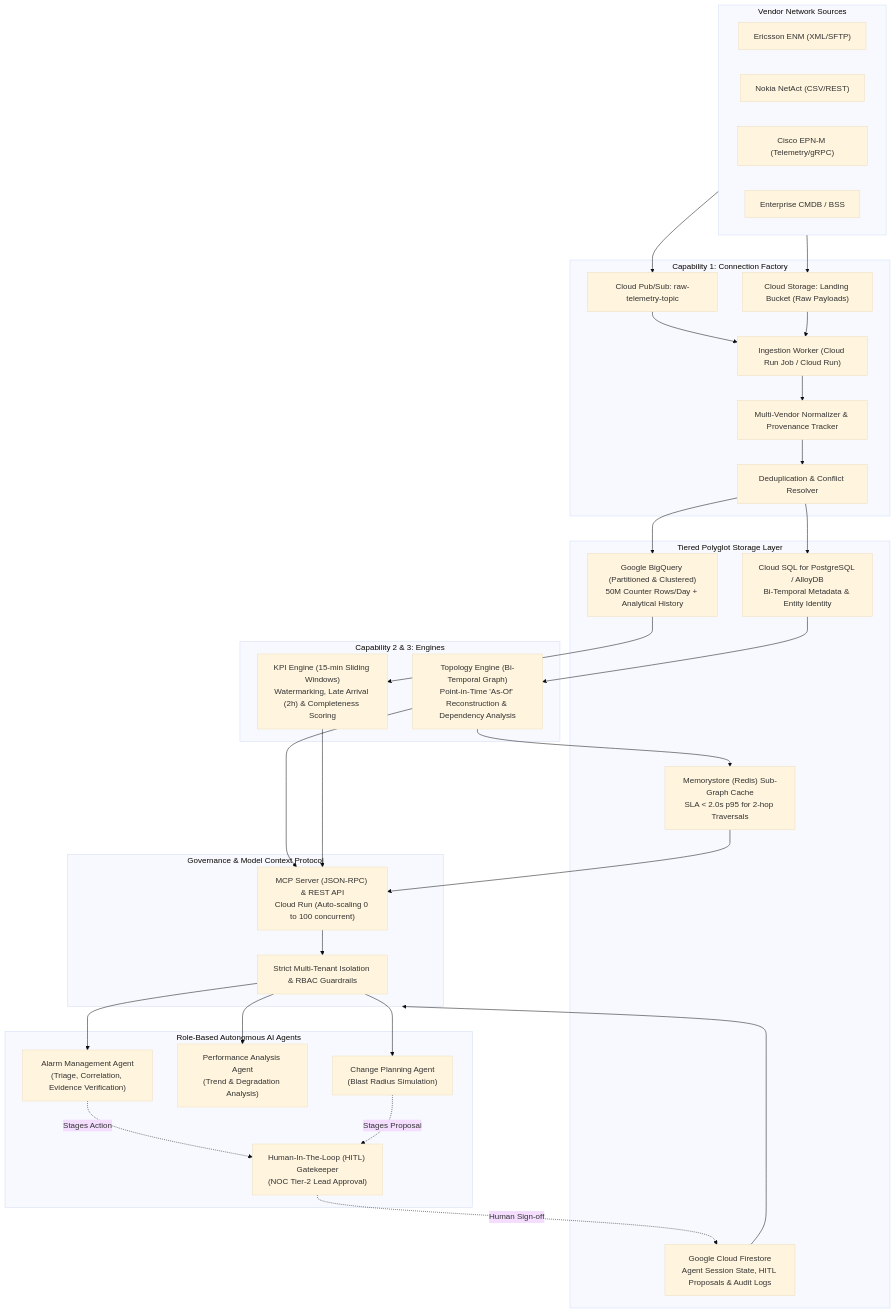
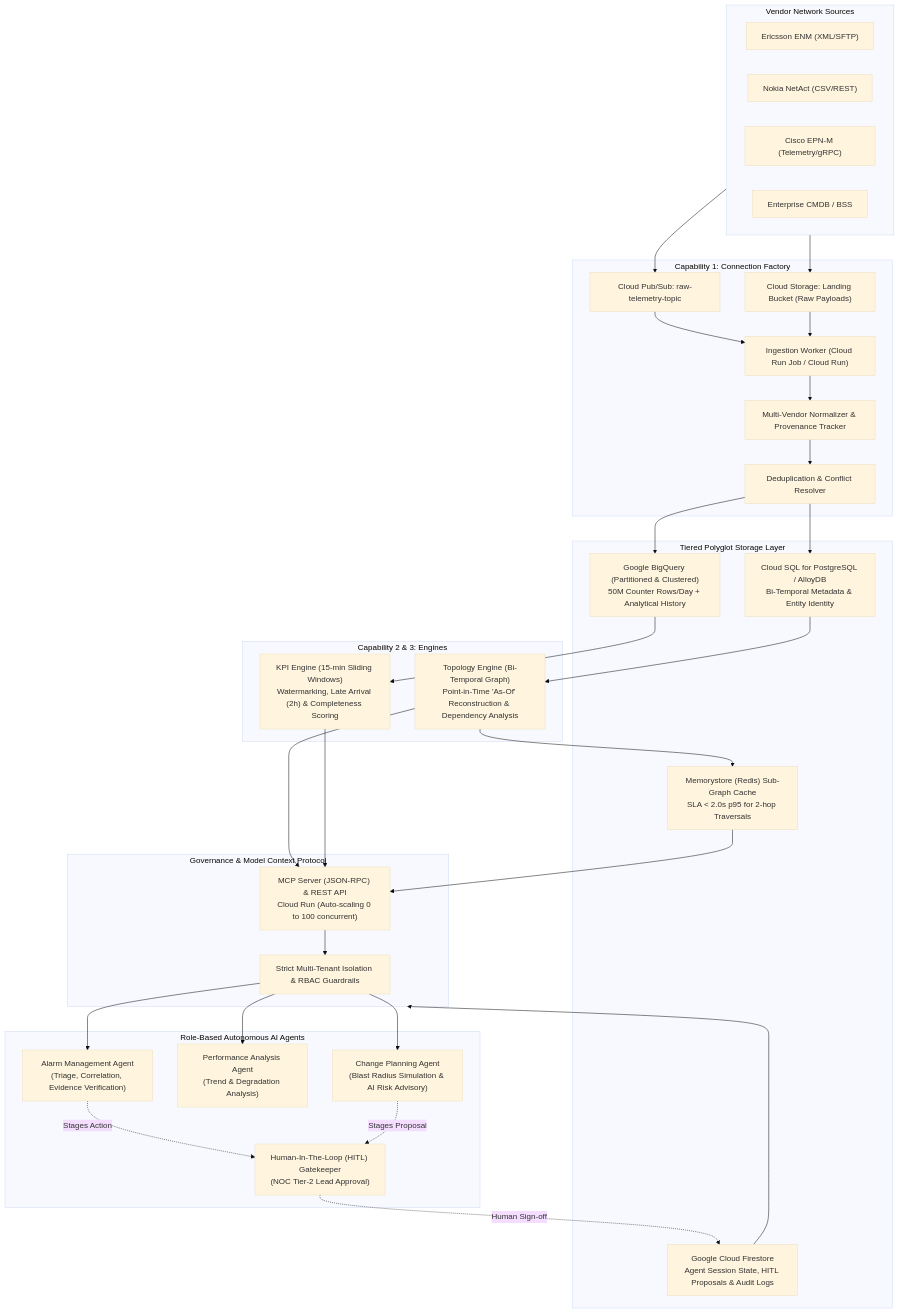
Before and after one commit to Thanveerahamed-14/nw_intelligence: the diagram in docs/01_SYSTEM_ARCHITECTURE.md, drawn with Mermaid (base theme). The commit also changed other lines of this file and 24 other files, not shown here.

````diff
--- a/docs/01_SYSTEM_ARCHITECTURE.md
+++ b/docs/01_SYSTEM_ARCHITECTURE.md
@@ -9,68 +9,68 @@
 ```mermaid
 flowchart TD
     subgraph Sources["Vendor Network Sources"]
         E_OSS["Ericsson ENM (XML/SFTP)"]
         N_OSS["Nokia NetAct (CSV/REST)"]
         C_OSS["Cisco EPN-M (Telemetry/gRPC)"]
         CMDB["Enterprise CMDB / BSS"]
     end
 
     subgraph Ingestion["Capability 1: Connection Factory"]
         PubSub_Raw["Cloud Pub/Sub: raw-telemetry-topic"]
         GCS_Landing["Cloud Storage: Landing Bucket (Raw Payloads)"]
         CF_Worker["Ingestion Worker (Cloud Run Job / Cloud Run)"]
         CF_Normalizer["Multi-Vendor Normalizer & Provenance Tracker"]
         CF_Dedupe["Deduplication & Conflict Resolver"]
     end
 
     subgraph Storage["Tiered Polyglot Storage Layer"]
         BQ["Google BigQuery (Partitioned & Clustered)<br/>50M Counter Rows/Day + Analytical History"]
         CloudSQL["Cloud SQL for PostgreSQL / AlloyDB<br/>Bi-Temporal Metadata & Entity Identity"]
         Redis["Memorystore (Redis) Sub-Graph Cache<br/>SLA < 2.0s p95 for 2-hop Traversals"]
         Firestore["Google Cloud Firestore<br/>Agent Session State, HITL Proposals & Audit Logs"]
     end
 
     subgraph Processing["Capability 2 & 3: Engines"]
         KPI_Engine["KPI Engine (15-min Sliding Windows)<br/>Watermarking, Late Arrival (2h) & Completeness Scoring"]
         Topology_Engine["Topology Engine (Bi-Temporal Graph)<br/>Point-in-Time 'As-Of' Reconstruction & Dependency Analysis"]
     end
 
     subgraph Governance["Governance & Model Context Protocol"]
         RBAC["Strict Multi-Tenant Isolation & RBAC Guardrails"]
         MCP_Server["MCP Server (JSON-RPC) & REST API<br/>Cloud Run (Auto-scaling 0 to 100 concurrent)"]
     end
 
     subgraph Agents["Role-Based Autonomous AI Agents"]
         Agent_Alarm["Alarm Management Agent<br/>(Triage, Correlation, Evidence Verification)"]
         Agent_Perf["Performance Analysis Agent<br/>(Trend & Degradation Analysis)"]
-        Agent_Change["Change Planning Agent<br/>(Blast Radius Simulation)"]
+        Agent_Change["Change Planning Agent<br/>(Blast Radius Simulation & AI Risk Advisory)"]
         HITL["Human-In-The-Loop (HITL) Gatekeeper<br/>(NOC Tier-2 Lead Approval)"]
     end
 
     Sources --> PubSub_Raw
     Sources --> GCS_Landing
     PubSub_Raw --> CF_Worker
     GCS_Landing --> CF_Worker
     CF_Worker --> CF_Normalizer --> CF_Dedupe
     
     CF_Dedupe --> CloudSQL
     CF_Dedupe --> BQ
     
     CloudSQL --> Topology_Engine
     Topology_Engine --> Redis
     BQ --> KPI_Engine
     
     Redis --> MCP_Server
     Topology_Engine --> MCP_Server
     KPI_Engine --> MCP_Server
     Firestore --> Governance
     
     MCP_Server --> RBAC
     RBAC --> Agent_Alarm
     RBAC --> Agent_Perf
     RBAC --> Agent_Change
     
     Agent_Alarm -.->|Stages Action| HITL
     Agent_Change -.->|Stages Proposal| HITL
     HITL -.->|Human Sign-off| Firestore
 ```
````
